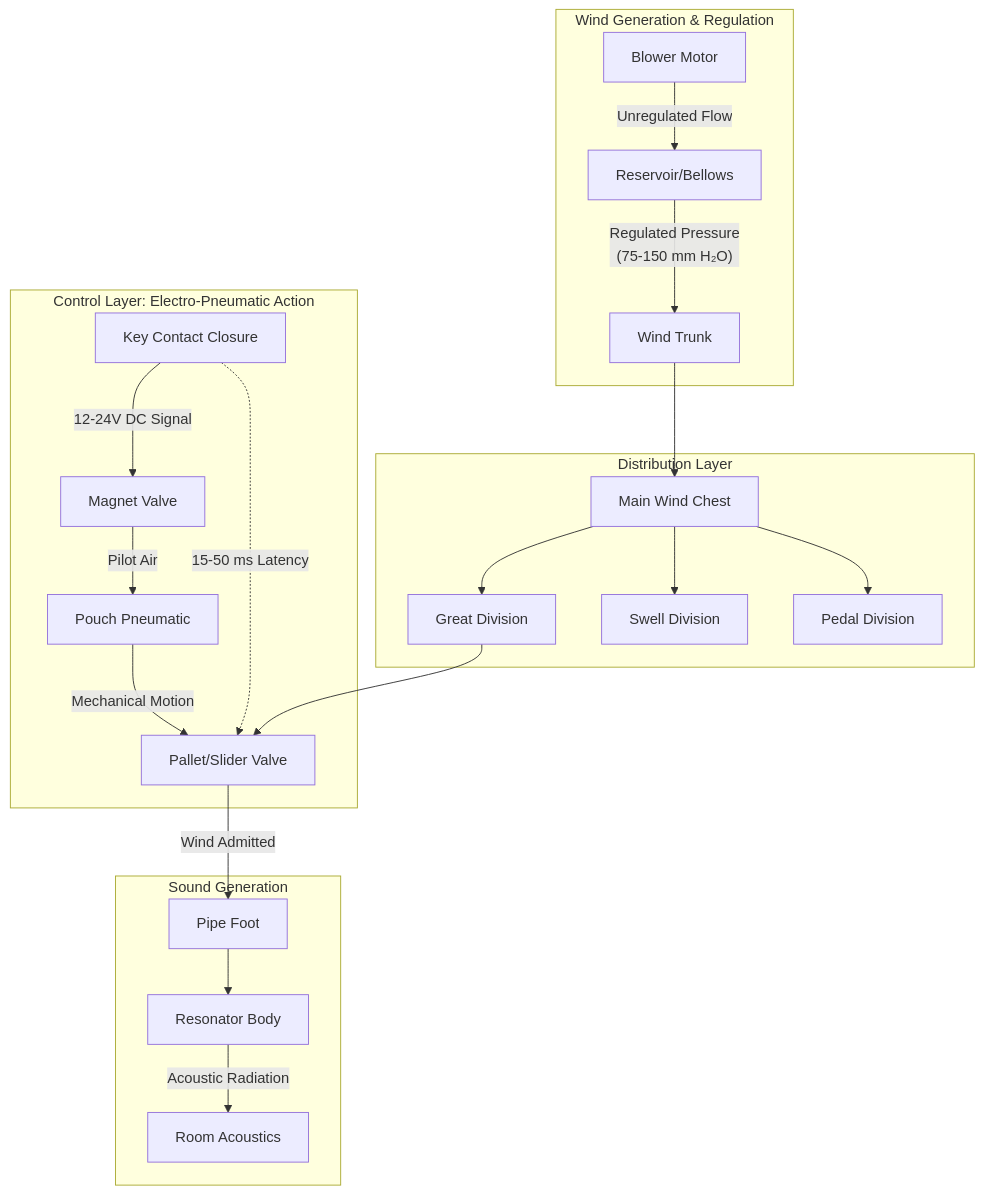
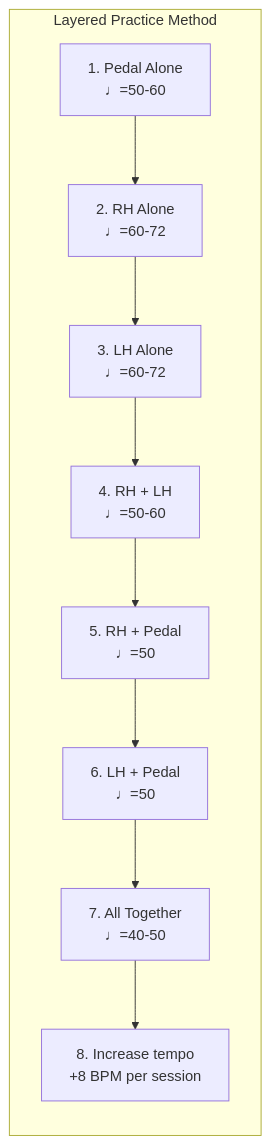
The second of 2 diagrams in topics/arts/music_performance/organ/labs.md (blebleblee/synapse), drawn with Mermaid before and after one commit. The commit also changed other lines of this file and 4 other files, not shown here.

````diff
--- a/topics/arts/music_performance/organ/labs.md
+++ b/topics/arts/music_performance/organ/labs.md
@@ -39,29 +446,12 @@
 ```mermaid
-graph TB
-    subgraph sub_wind_generation___regulation ["Wind Generation & Regulation"]
-        A["Blower Motor"] -->|"Unregulated Flow"| B["Reservoir/Bellows"]
-        B -->|"Regulated Pressure<br/>(75-150 mm H₂O)"| C["Wind Trunk"]
+flowchart LR
+    subgraph sub_layered_practice ["Layered Practice Method"]
+        A["1. Pedal Alone<br/>♩=50-60"] --> B["2. RH Alone<br/>♩=60-72"]
+        B --> C["3. LH Alone<br/>♩=60-72"]
+        C --> D["4. RH + LH<br/>♩=50-60"]
+        D --> E["5. RH + Pedal<br/>♩=50"]
+        E --> F["6. LH + Pedal<br/>♩=50"]
+        F --> G["7. All Together<br/>♩=40-50"]
+        G --> H["8. Increase tempo<br/>+8 BPM per session"]
     end
-    
-    subgraph sub_distribution_layer ["Distribution Layer"]
-        C --> D["Main Wind Chest"]
-        D --> E["Great Division"]
-        D --> F["Swell Division"]
-        D --> G["Pedal Division"]
-    end
-    
-    subgraph sub_control_layer__electro_pneumatic ["Control Layer: Electro-Pneumatic Action"]
-        H["Key Contact Closure"] -->|"12-24V DC Signal"| I["Magnet Valve"]
-        I -->|"Pilot Air"| J["Pouch Pneumatic"]
-        J -->|"Mechanical Motion"| K["Pallet/Slider Valve"]
-    end
-    
-    subgraph sub_sound_generation ["Sound Generation"]
-        K -->|"Wind Admitted"| L["Pipe Foot"]
-        L --> M["Resonator Body"]
-        M -->|"Acoustic Radiation"| N["Room Acoustics"]
-    end
-    
-    E --> K
-    H -.->|"15-50 ms Latency"| K
 ```
````
